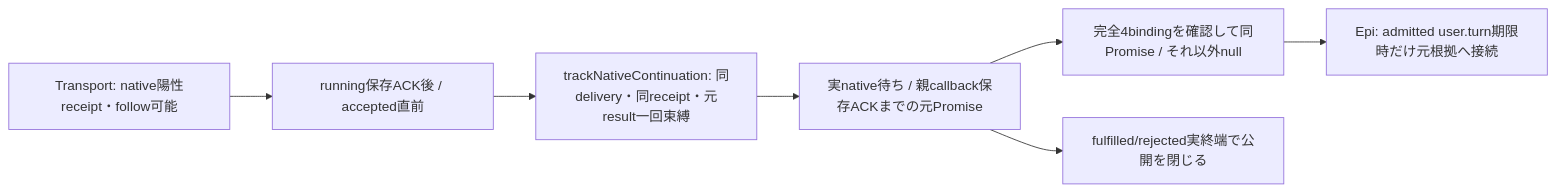
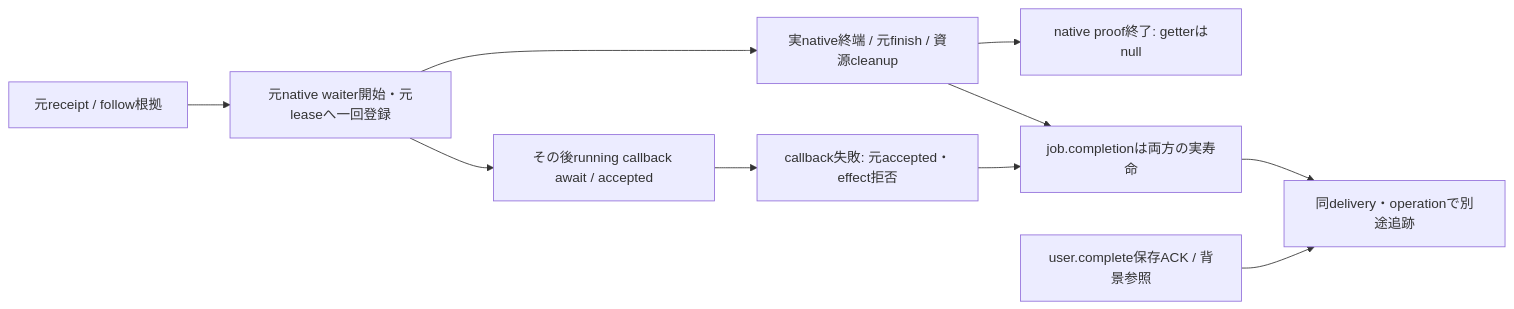
Before and after one commit to kitepon/BellTeam: the second of 3 diagrams in docs/architecture/modules/execution/conversation-effects.md, drawn with Mermaid. The commit also changed other lines of this file and 7 other files, not shown here.

````diff
--- a/docs/architecture/modules/execution/conversation-effects.md
+++ b/docs/architecture/modules/execution/conversation-effects.md
@@ -29,9 +29,12 @@
 ```mermaid
 flowchart LR
-  Native["Transport: native陽性receipt・follow可能"] --> ACK["running保存ACK後 / accepted直前"]
-  ACK --> Bind["trackNativeContinuation: 同delivery・同receipt・元result一回束縛"]
-  Bind --> Actual["実native待ち / 親callback保存ACKまでの元Promise"]
-  Actual --> Getter["完全4bindingを確認して同Promise / それ以外null"]
-  Getter --> Peer["Epi: admitted user.turn期限時だけ元根拠へ接続"]
-  Actual --> End["fulfilled/rejected実終端で公開を閉じる"]
+  Receipt["元receipt / follow根拠"] --> Native["元native waiter開始・元leaseへ一回登録"]
+  Native --> Running["その後running callback await / accepted"]
+  Running --> Effect["callback失敗: 元accepted・effect拒否"]
+  Native --> Real["実native終端 / 元finish / 資源cleanup"]
+  Real --> Getter["native proof終了: getterはnull"]
+  Effect --> Life["job.completionは両方の実寿命"]
+  Real --> Life
+  ACK["user.complete保存ACK / 背景参照"] --> Lease["同delivery・operationで別途追跡"]
+  Life --> Lease
 ```
````
